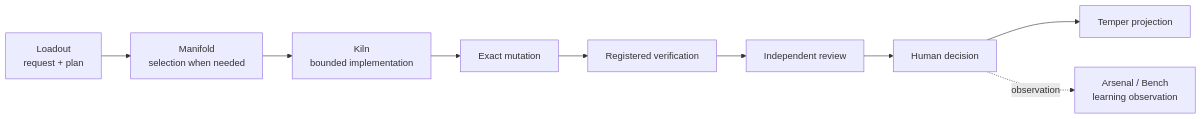
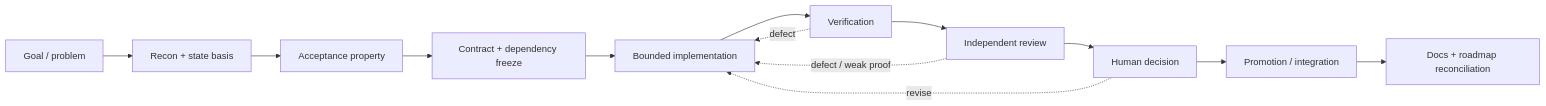
The diagram in docs/workflows/development-loop.md (jenksed/invariant-system), drawn with Mermaid before and after one commit. The commit also changed other lines of this file and 21 other files, not shown here.

Commit message:
docs: align process, traceability, and workbench roadmap

````diff
--- a/docs/workflows/development-loop.md
+++ b/docs/workflows/development-loop.md
@@ -21,15 +21,18 @@
 ```mermaid
 flowchart LR
-    L[Loadout\nrequest + plan]
-    M[Manifold\nselection when needed]
-    K1[Kiln\nbounded implementation]
-    K2[Exact mutation]
-    V[Registered verification]
-    R[Independent review]
+    G[Goal / problem]
+    R[Recon + state basis]
+    A[Acceptance property]
+    C[Contract + dependency freeze]
+    I[Bounded implementation]
+    V[Verification]
+    Q[Independent review]
     H[Human decision]
-    T[Temper projection]
-    A[Arsenal / Bench\nlearning observation]
+    P[Promotion / integration]
+    D[Docs + roadmap reconciliation]
 
-    L --> M --> K1 --> K2 --> V --> R --> H --> T
-    H -. observation .-> A
+    G --> R --> A --> C --> I --> V --> Q --> H --> P --> D
+    V -. defect .-> I
+    Q -. defect / weak proof .-> I
+    H -. revise .-> I
 ```
````
